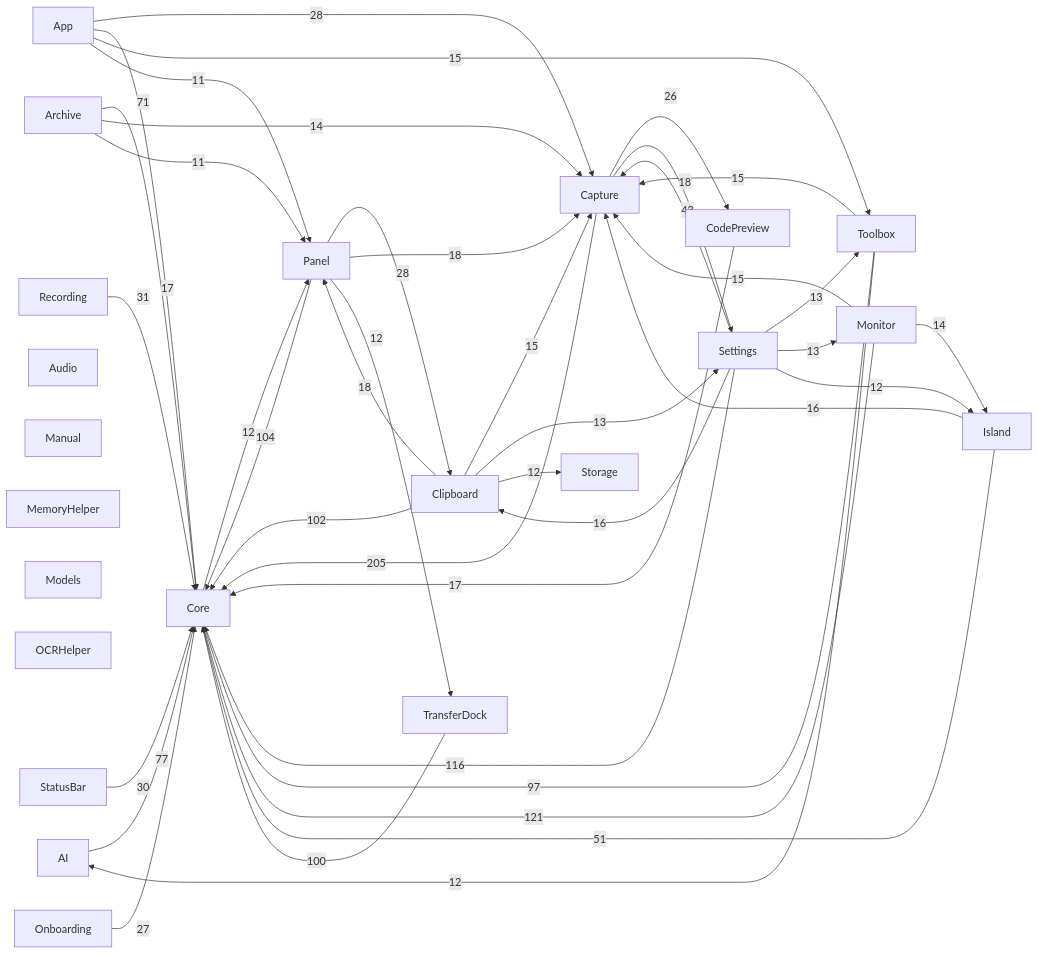
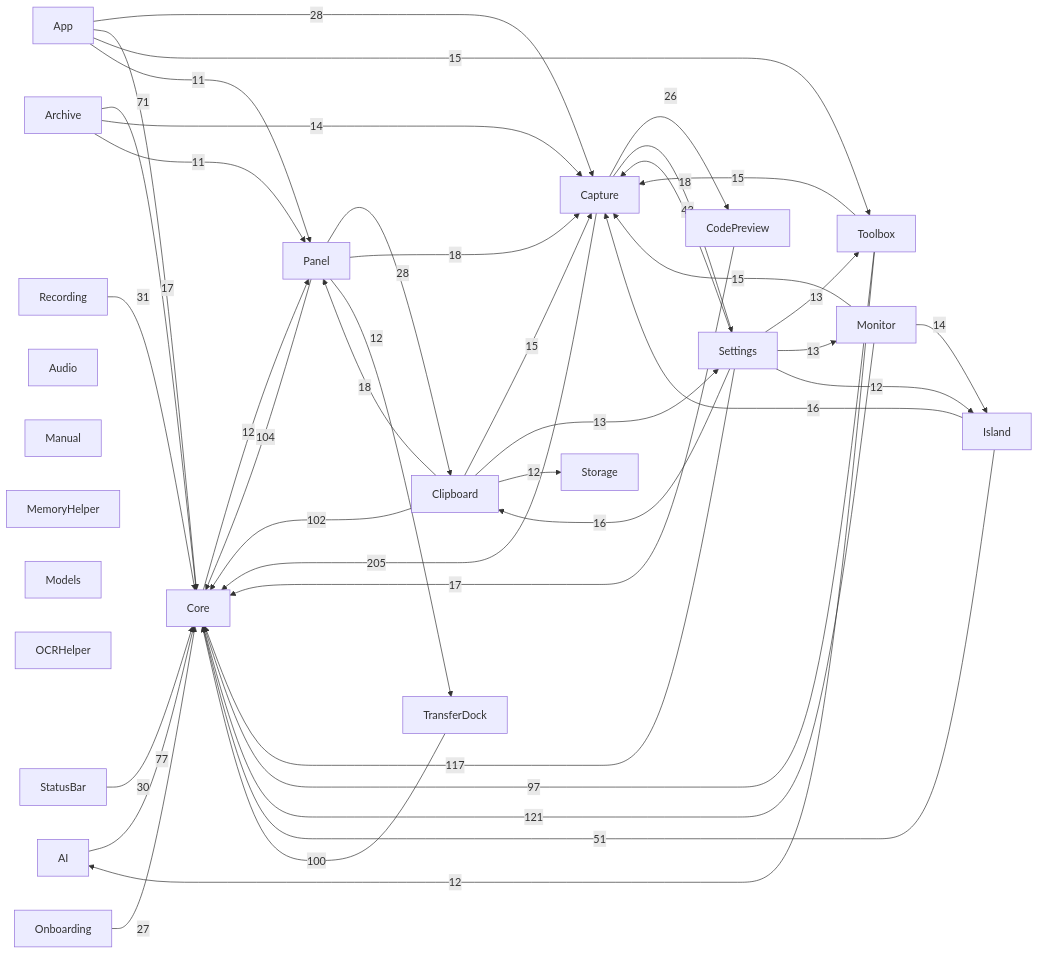
One commit to sxyq/Kitnest changed the diagram in docs/00-总览/模块依赖图.md. Above: the diagram before and after it, drawn with Mermaid. The commit also changed other lines of this file and 7 other files, not shown here.

````diff
--- a/docs/00-总览/模块依赖图.md
+++ b/docs/00-总览/模块依赖图.md
@@ -36,65 +36,65 @@
 ```mermaid
 flowchart LR
   M0["AI"]
   M1["App"]
   M2["Archive"]
   M3["Audio"]
   M4["Capture"]
   M5["Clipboard"]
   M6["CodePreview"]
   M7["Core"]
   M8["Island"]
   M9["Manual"]
   M10["MemoryHelper"]
   M11["Models"]
   M12["Monitor"]
   M13["OCRHelper"]
   M14["Onboarding"]
   M15["Panel"]
   M16["Recording"]
   M17["Settings"]
   M18["StatusBar"]
   M19["Storage"]
   M20["Toolbox"]
   M21["TransferDock"]
   M4 -->|205| M7
   M12 -->|121| M7
-  M17 -->|116| M7
+  M17 -->|117| M7
   M15 -->|104| M7
   M5 -->|102| M7
   M21 -->|100| M7
   M20 -->|97| M7
   M0 -->|77| M7
   M2 -->|71| M7
   M8 -->|51| M7
   M17 -->|43| M4
   M16 -->|31| M7
   M18 -->|30| M7
   M1 -->|28| M4
   M15 -->|28| M5
   M14 -->|27| M7
   M4 -->|26| M6
   M4 -->|18| M17
   M5 -->|18| M15
   M15 -->|18| M4
   M1 -->|17| M7
   M6 -->|17| M7
   M8 -->|16| M4
   M17 -->|16| M5
   M1 -->|15| M20
   M5 -->|15| M4
   M12 -->|15| M4
   M20 -->|15| M4
   M2 -->|14| M4
   M12 -->|14| M8
   M5 -->|13| M17
   M17 -->|13| M20
   M17 -->|13| M12
   M7 -->|12| M15
   M5 -->|12| M19
   M15 -->|12| M21
   M17 -->|12| M8
   M20 -->|12| M0
   M1 -->|11| M15
   M2 -->|11| M15
 ```
````
